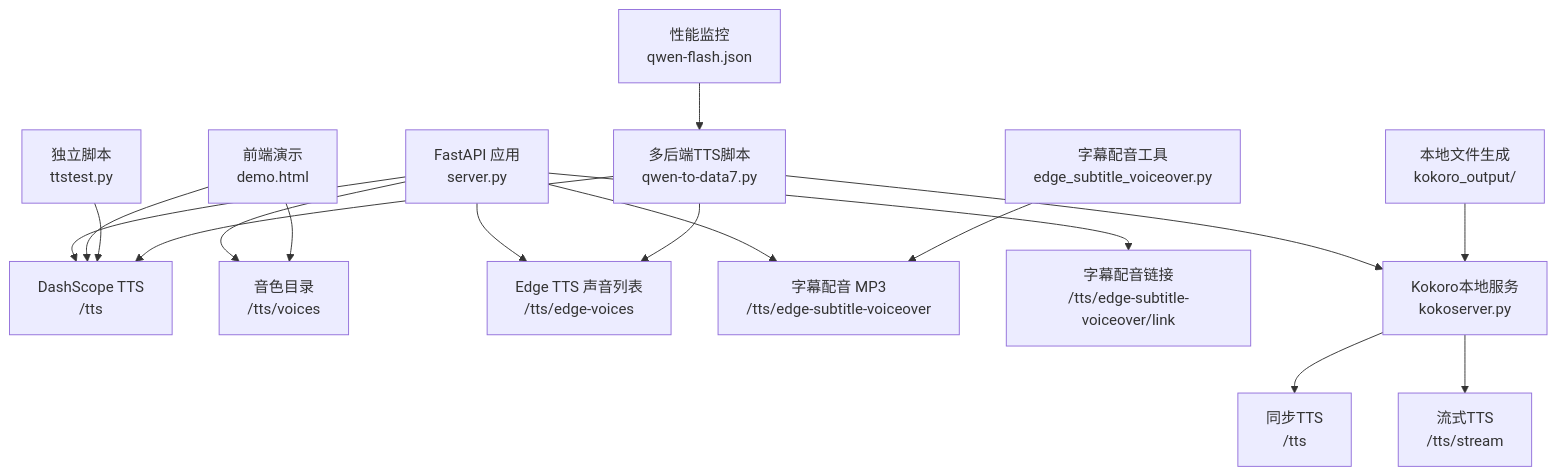
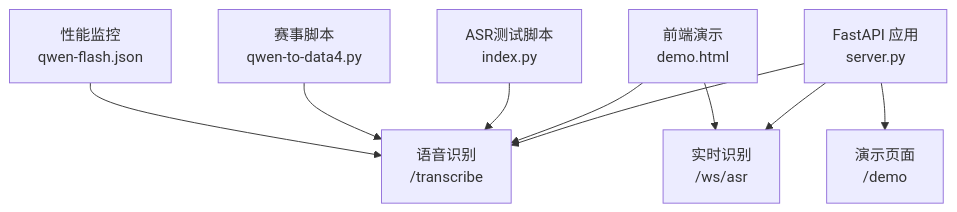
Before and after one commit to 1024dashen/Vue3Speech: the first of 7 diagrams in .qoder/repowiki/zh/content/语音合成服务/语音合成服务.md, drawn with Mermaid. The commit also changed other lines of this file and 6 other files, not shown here.

First line of the commit message:
fix(data): 修正qwen-flash.json中的叙述内容顺序和细节

````diff
--- a/.qoder/repowiki/zh/content/语音合成服务/语音合成服务.md
+++ b/.qoder/repowiki/zh/content/语音合成服务/语音合成服务.md
@@ -56,19 +53,11 @@
 ```mermaid
 graph TB
-A["FastAPI 应用<br/>server.py"] --> B["DashScope TTS<br/>/tts"]
-A --> C["音色目录<br/>/tts/voices"]
-A --> D["Edge TTS 声音列表<br/>/tts/edge-voices"]
-A --> E["字幕配音 MP3<br/>/tts/edge-subtitle-voiceover"]
-A --> F["字幕配音链接<br/>/tts/edge-subtitle-voiceover/link"]
-G["前端演示<br/>demo.html"] --> B
-G --> C
-H["独立脚本<br/>ttstest.py"] --> B
-I["字幕配音工具<br/>edge_subtitle_voiceover.py"] --> E
-J["多后端TTS脚本<br/>qwen-to-data7.py"] --> B
-J --> D
-J --> K["Kokoro本地服务<br/>kokoserver.py"]
-K --> L["同步TTS<br/>/tts"]
-K --> M["流式TTS<br/>/tts/stream"]
-N["性能监控<br/>qwen-flash.json"] --> J
-O["本地文件生成<br/>kokoro_output/"] --> K
+A["FastAPI 应用<br/>server.py"] --> B["语音识别<br/>/transcribe"]
+A --> C["实时识别<br/>/ws/asr"]
+A --> D["演示页面<br/>/demo"]
+E["前端演示<br/>demo.html"] --> B
+E --> C
+F["ASR测试脚本<br/>index.py"] --> B
+G["赛事脚本<br/>qwen-to-data4.py"] --> B
+H["性能监控<br/>qwen-flash.json"] --> B
 ```
````
